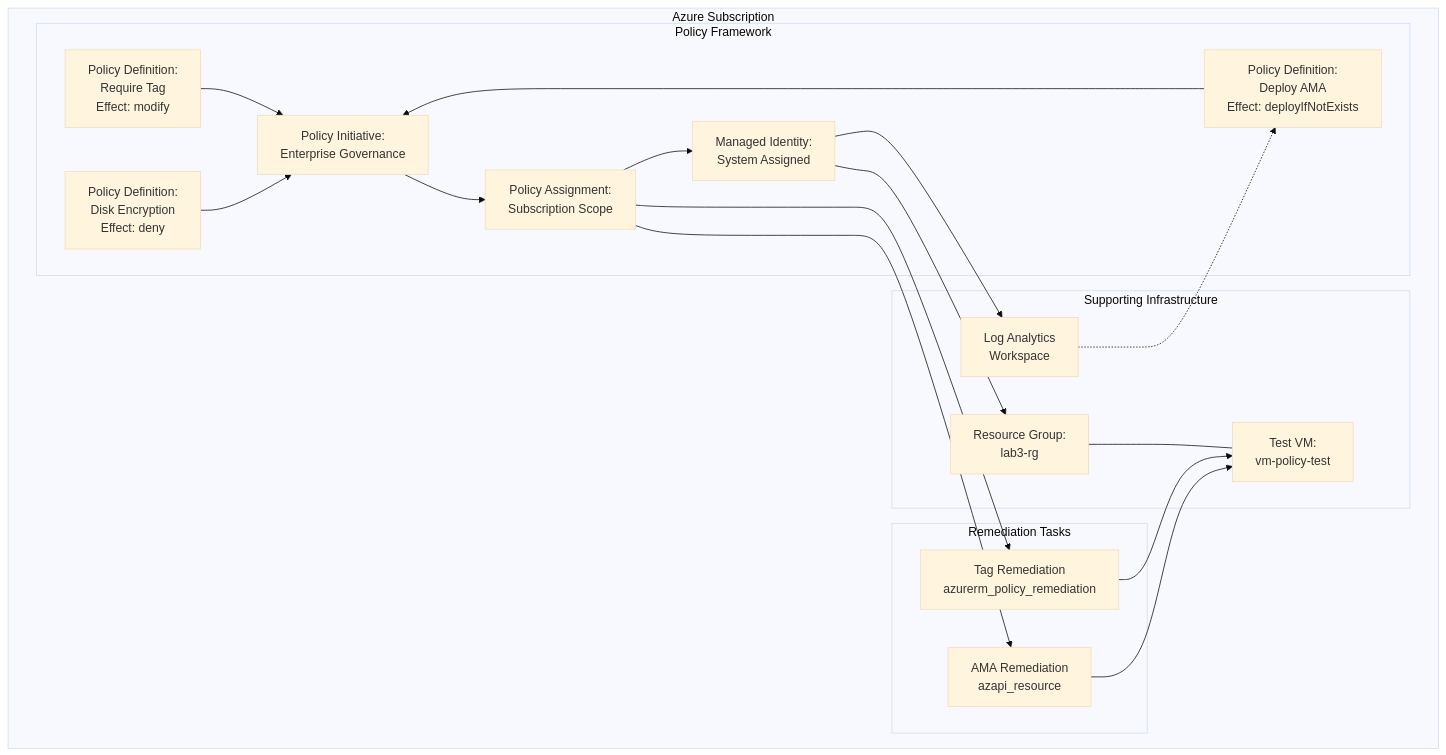
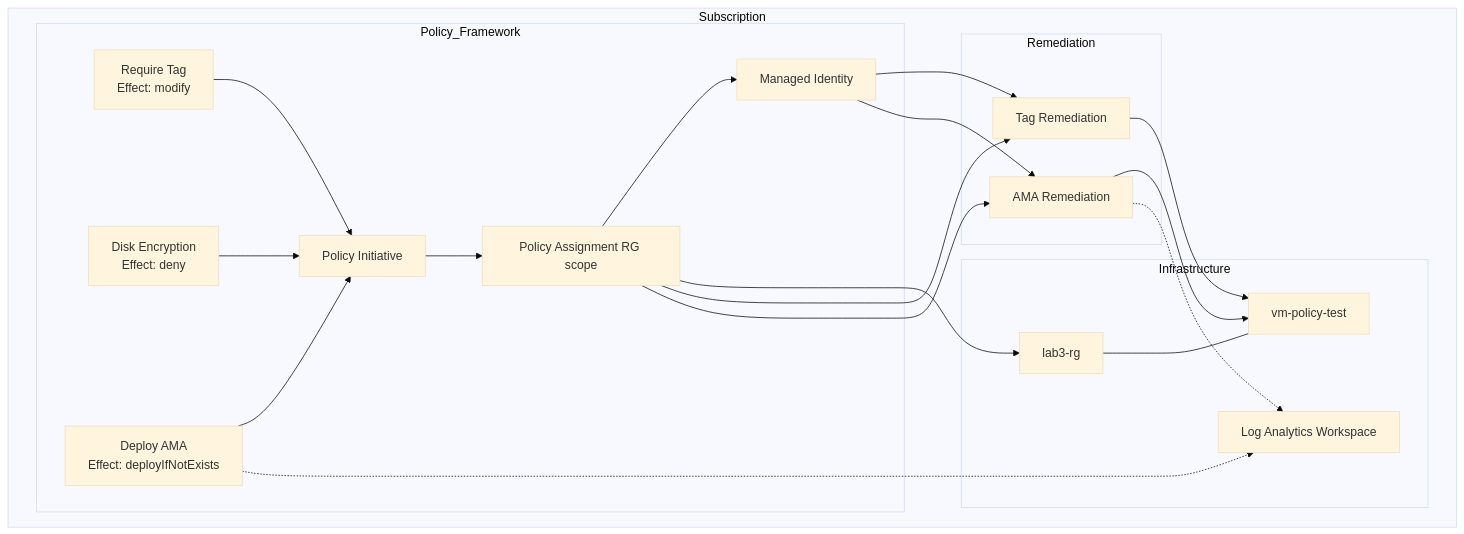
One commit to huangyingting/terraform-advanced-workshop changed the diagram in solutions/lab3/README.md. Above: the diagram before and after it, drawn with Mermaid (base theme). The commit also changed other lines of this file and 5 other files, not shown here.

````diff
--- a/solutions/lab3/README.md
+++ b/solutions/lab3/README.md
@@ -15,42 +16,39 @@
 ```mermaid
-graph TB
-    subgraph "Azure Subscription"
-        subgraph "Policy Framework"
-            PD1[Policy Definition:<br/>Require Tag<br/>Effect: modify]
-            PD2[Policy Definition:<br/>Disk Encryption<br/>Effect: deny]
-            PD3[Policy Definition:<br/>Deploy AMA<br/>Effect: deployIfNotExists]
-            
-            PI[Policy Initiative:<br/>Enterprise Governance]
-            PA[Policy Assignment:<br/>Subscription Scope]
-            MI[Managed Identity:<br/>System Assigned]
-            
-            PD1 --> PI
-            PD2 --> PI
-            PD3 --> PI
-            PI --> PA
-            PA --> MI
-        end
-        
-        subgraph "Supporting Infrastructure"
-            LAW[Log Analytics<br/>Workspace]
-            RG[Resource Group:<br/>lab3-rg]
-            VM[Test VM:<br/>vm-policy-test]
-            
-            LAW -.-> PD3
-            RG --- VM
-        end
-        
-        subgraph "Remediation Tasks"
-            RT1[Tag Remediation<br/>azurerm_policy_remediation]
-            RT2[AMA Remediation<br/>azapi_resource]
-            
-            PA --> RT1
-            PA --> RT2
-        end
-        
-        MI --> LAW
-        MI --> RG
-        RT1 --> VM
-        RT2 --> VM
+graph TD
+  subgraph Subscription
+    subgraph Policy_Framework
+      PD1[Require Tag<br/>Effect: modify]
+      PD2[Disk Encryption<br/>Effect: deny]
+      PD3[Deploy AMA<br/>Effect: deployIfNotExists]
+      PI[Policy Initiative]
+      PA[Policy Assignment RG scope]
+      MI[Managed Identity]
+      PD1 --> PI
+      PD2 --> PI
+      PD3 --> PI
+      PI --> PA
+      PA --> MI
     end
+    subgraph Infrastructure
+      RG[lab3-rg]
+      VM[vm-policy-test]
+      LAW[Log Analytics Workspace]
+      RG --- VM
+    end
+    subgraph Remediation
+      RT1[Tag Remediation]
+      RT2[AMA Remediation]
+    end
+  end
+  
+  %% Cross-subgraph connections
+  PA --> RG
+  PA --> RT1
+  PA --> RT2
+  MI --> RT1
+  MI --> RT2
+  RT1 --> VM
+  RT2 --> VM
+  PD3 -.-> LAW
+  RT2 -.-> LAW
 ```
````
